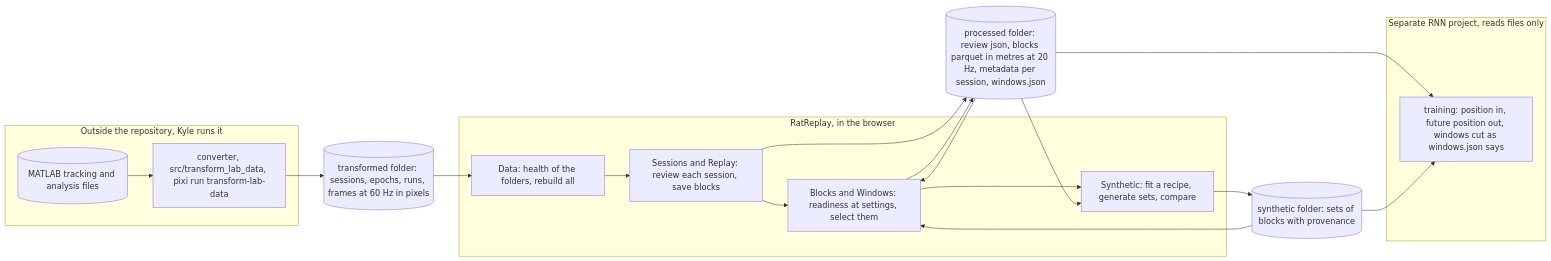
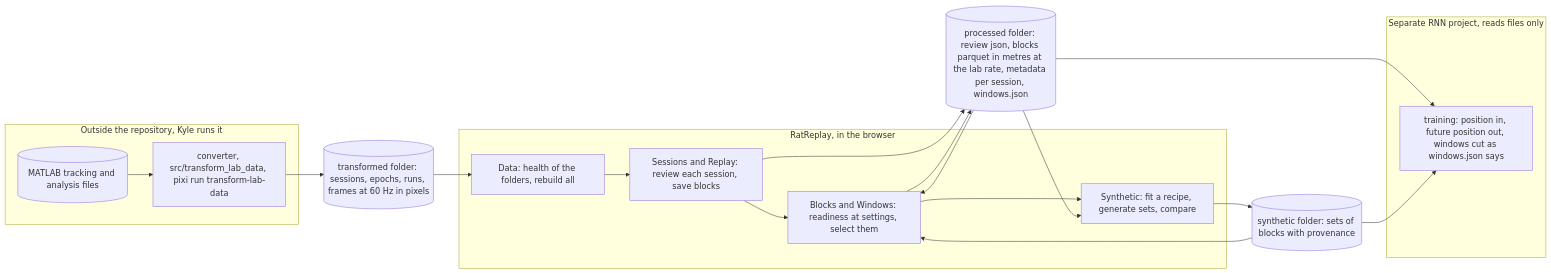
The fifth of 5 diagrams in ratreplay/docs/architecture.md (kshannon/axis-of-travel-rnn), drawn with Mermaid before and after one commit. The commit also changed other lines of this file and 9 other files, not shown here.

Commit message:
Fill TrajectoryEngine.blocks: the labels and the per block kinematics move in and every block equals the processor's parquet and index row within 1e-12, with per block problems reported instead of blocks dropped

````diff
--- a/ratreplay/docs/architecture.md
+++ b/ratreplay/docs/architecture.md
@@ -338,28 +338,28 @@
 ```mermaid
 flowchart LR
     subgraph Lab["Outside the repository, Kyle runs it"]
         M[("MATLAB tracking and analysis files")]
         C["converter, src/transform_lab_data, pixi run transform-lab-data"]
         M --> C
     end
     C --> T[("transformed folder: sessions, epochs, runs, frames at 60 Hz in pixels")]
     subgraph RR["RatReplay, in the browser"]
         R1["Data: health of the folders, rebuild all"]
         R2["Sessions and Replay: review each session, save blocks"]
         R3["Blocks and Windows: readiness at settings, select them"]
         R4["Synthetic: fit a recipe, generate sets, compare"]
         R1 --> R2 --> R3 --> R4
     end
     T --> R1
-    R2 --> Pf[("processed folder: review json, blocks parquet in metres at 20 Hz, metadata per session, windows.json")]
+    R2 --> Pf[("processed folder: review json, blocks parquet in metres at the lab rate, metadata per session, windows.json")]
     Pf --> R3
     Pf --> R4
     R4 --> Sf[("synthetic folder: sets of blocks with provenance")]
     Sf --> R3
     R3 --> Pf
     subgraph Out["Separate RNN project, reads files only"]
         N["training: position in, future position out, windows cut as windows.json says"]
     end
     Pf --> N
     Sf --> N
 ```
````
